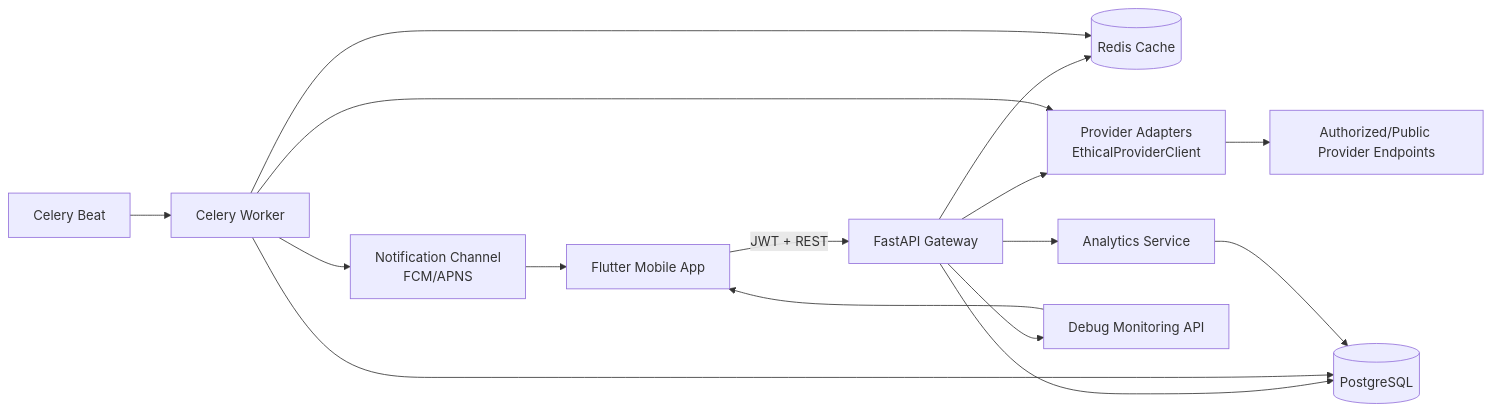
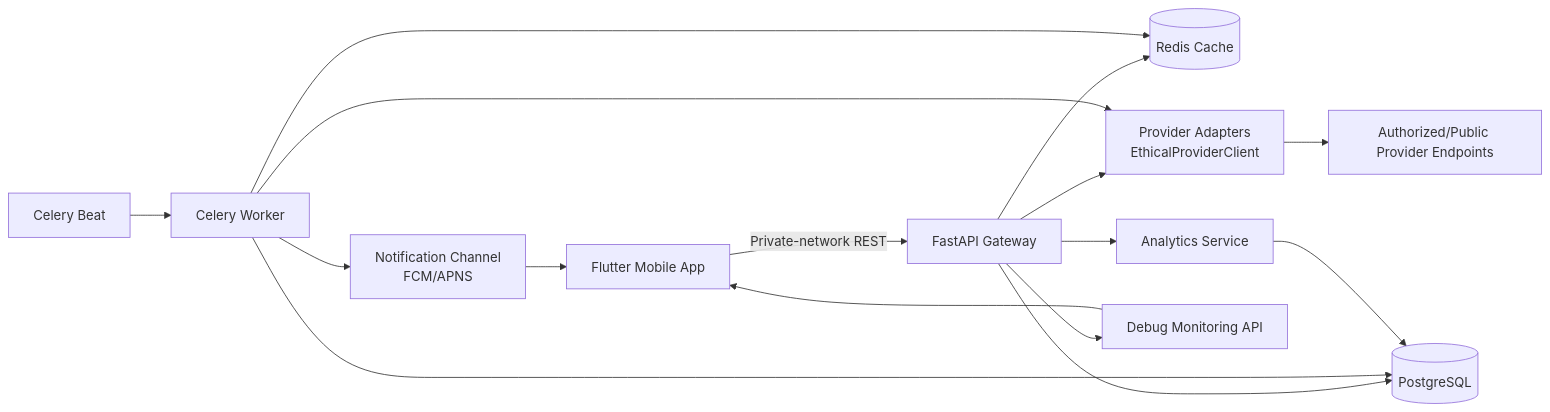
The first of 2 diagrams in docs/PROJECT_SPEC_PROTOTYPE.md (kamathgurudatt/BKT-Tracker), drawn with Mermaid before and after one commit. The commit also changed 24 other files, not shown here.

Commit message:
Remove remaining app password flows

````diff
--- a/docs/PROJECT_SPEC_PROTOTYPE.md
+++ b/docs/PROJECT_SPEC_PROTOTYPE.md
@@ -46,18 +46,18 @@
 ```mermaid
 flowchart LR
-    A[Flutter Mobile App] -->|JWT + REST| B[FastAPI Gateway]
+    A[Flutter Mobile App] -->|Private-network REST| B[FastAPI Gateway]
     B --> C[(PostgreSQL)]
     B --> D[(Redis Cache)]
     B --> E[Provider Adapters\nEthicalProviderClient]
     E --> F[Authorized/Public Provider Endpoints]
     G[Celery Beat] --> H[Celery Worker]
     H --> E
     H --> C
     H --> D
     H --> I[Notification Channel\nFCM/APNS]
     I --> A
     B --> J[Analytics Service]
     J --> C
     B --> K[Debug Monitoring API]
     K --> A
 ```
````
